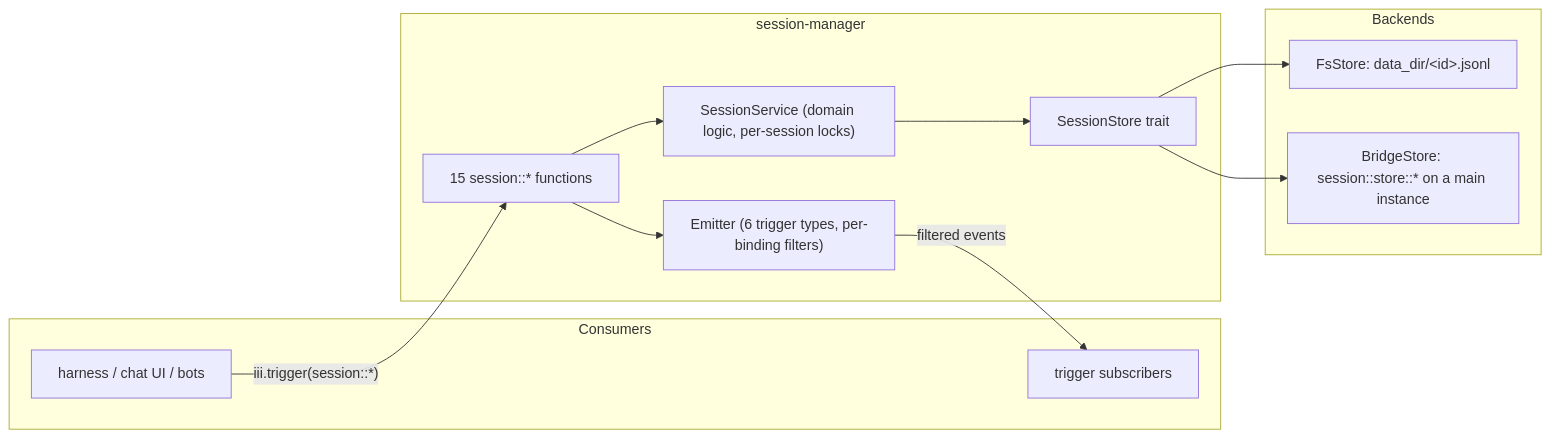
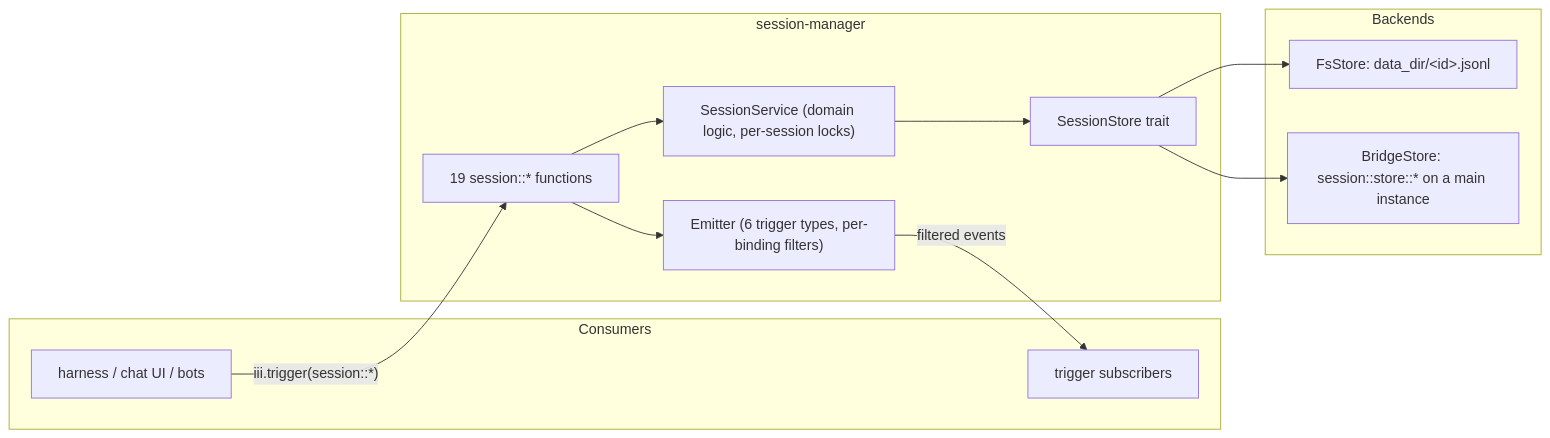
One commit to iii-hq/workers changed the diagram in session-manager/architecture/README.md. Above: the diagram before and after it, drawn with Mermaid. The commit also changed other lines of this file and 121 other files, not shown here.

````diff
--- a/session-manager/architecture/README.md
+++ b/session-manager/architecture/README.md
@@ -39,22 +39,22 @@
 ```mermaid
 flowchart LR
   subgraph consumers [Consumers]
     harness[harness / chat UI / bots]
     subs[trigger subscribers]
   end
   subgraph worker [session-manager]
-    fns["15 session::* functions"]
+    fns["19 session::* functions"]
     svc["SessionService (domain logic, per-session locks)"]
     emit["Emitter (6 trigger types, per-binding filters)"]
     storeTrait[SessionStore trait]
   end
   subgraph backends [Backends]
     fsStore["FsStore: data_dir/&lt;id&gt;.jsonl"]
     bridgeStore["BridgeStore: session::store::* on a main instance"]
   end
   harness -->|"iii.trigger(session::*)"| fns
   fns --> svc --> storeTrait
   storeTrait --> fsStore
   storeTrait --> bridgeStore
   fns --> emit -->|"filtered events"| subs
 ```
````
